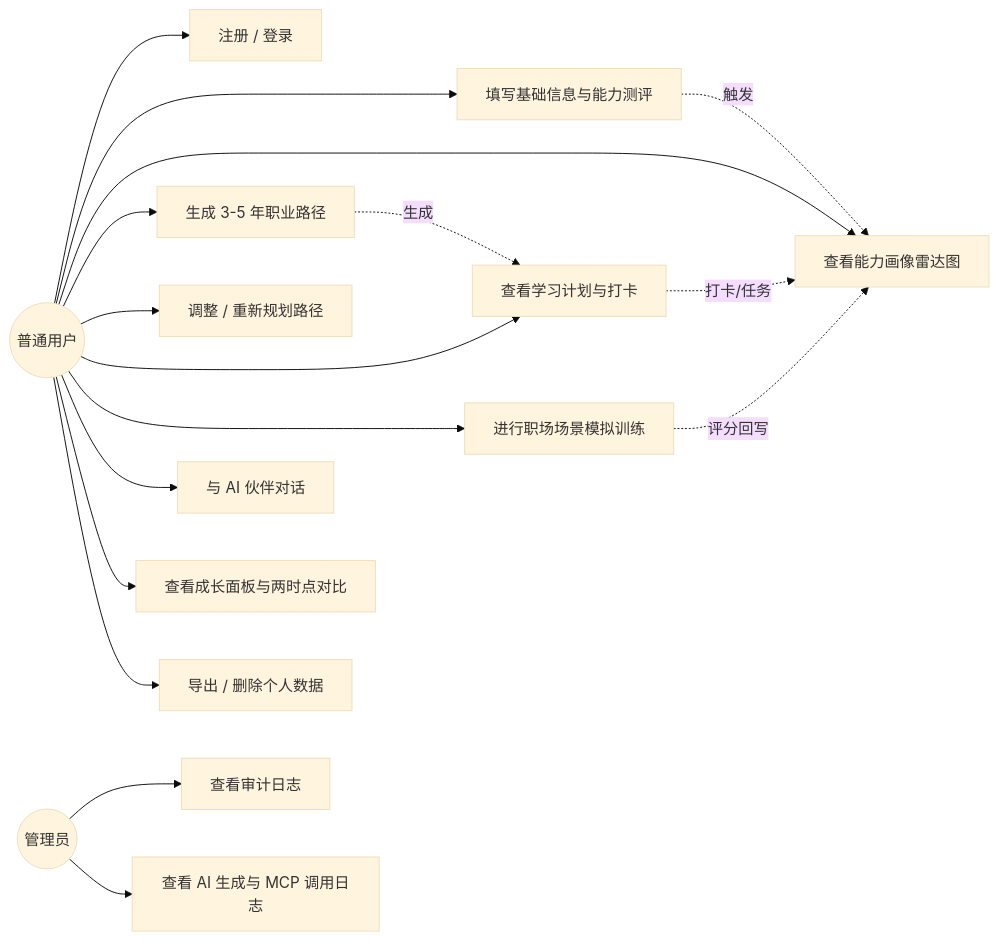
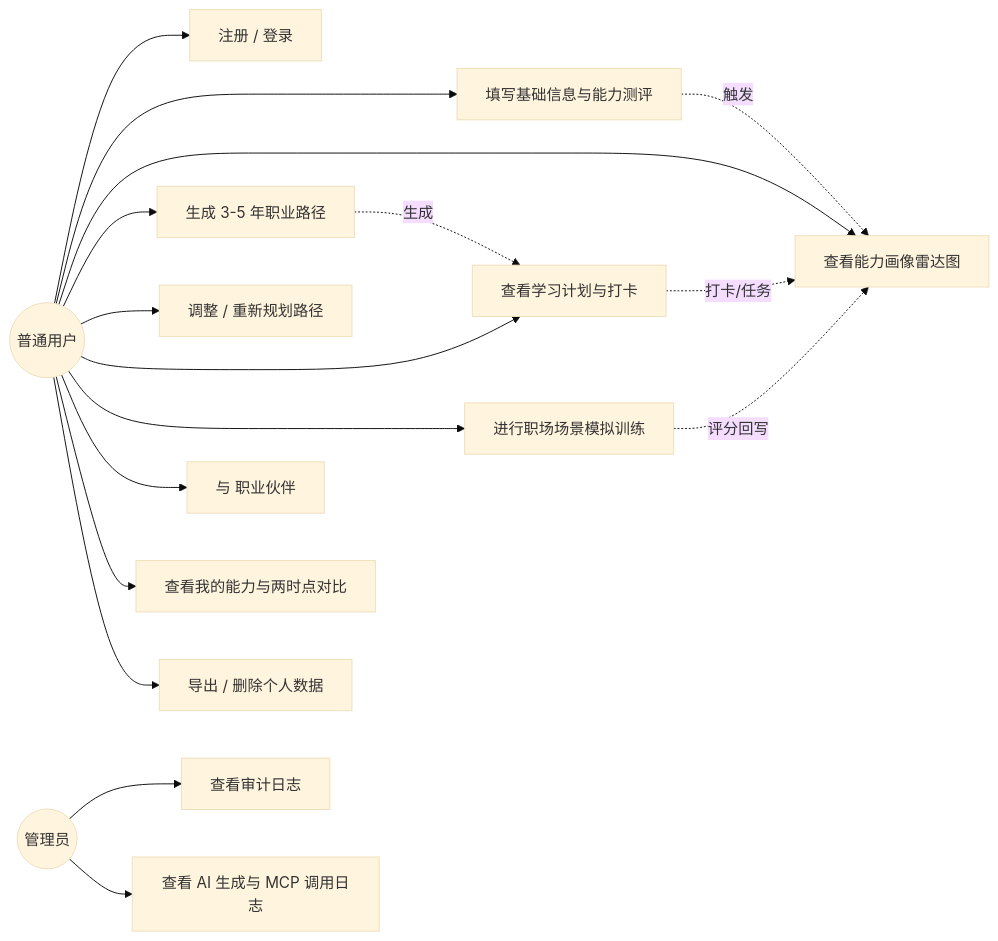
One commit to LAOYUN-bot/team-project changed the first of 4 diagrams in team-project/docs/02-需求与设计.md. Above: the diagram before and after it, drawn with Mermaid (base theme). The commit also changed other lines of this file and 81 other files, not shown here.

````diff
--- a/team-project/docs/02-需求与设计.md
+++ b/team-project/docs/02-需求与设计.md
@@ -23,24 +23,24 @@
 ```mermaid
 graph LR
     U((普通用户))
     A((管理员))
 
     U --> UC1[注册 / 登录]
     U --> UC2[填写基础信息与能力测评]
     U --> UC3[查看能力画像雷达图]
     U --> UC4[生成 3-5 年职业路径]
     U --> UC5[调整 / 重新规划路径]
     U --> UC6[查看学习计划与打卡]
     U --> UC7[进行职场场景模拟训练]
-    U --> UC8[与 AI 伙伴对话]
-    U --> UC9[查看成长面板与两时点对比]
+    U --> UC8[与 职业伙伴]
+    U --> UC9[查看我的能力与两时点对比]
     U --> UC10[导出 / 删除个人数据]
 
     A --> UC11[查看审计日志]
     A --> UC12[查看 AI 生成与 MCP 调用日志]
 
     UC2 -.->|触发| UC3
     UC7 -.->|评分回写| UC3
     UC6 -.->|打卡/任务| UC3
     UC4 -.->|生成| UC6
 ```
````
